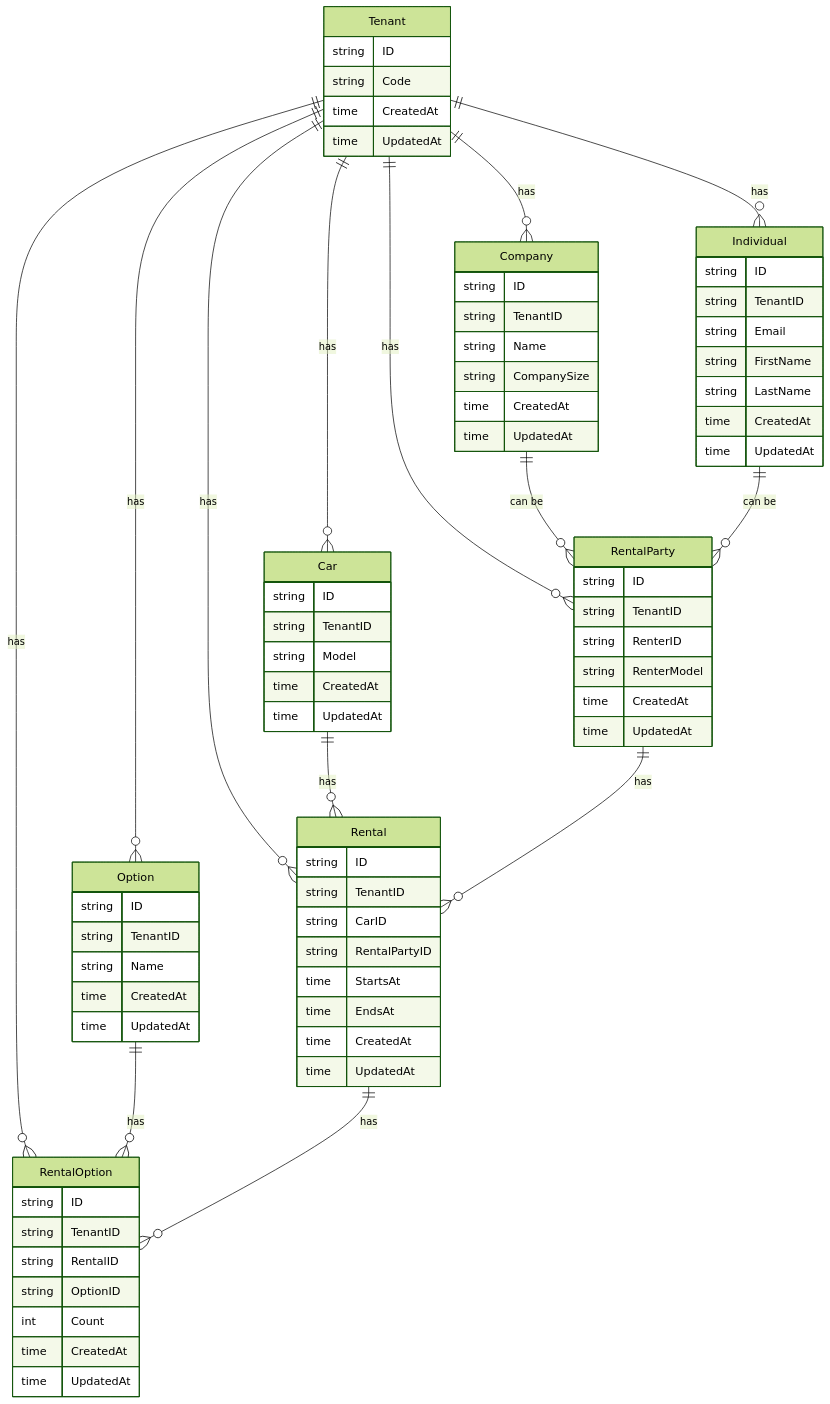
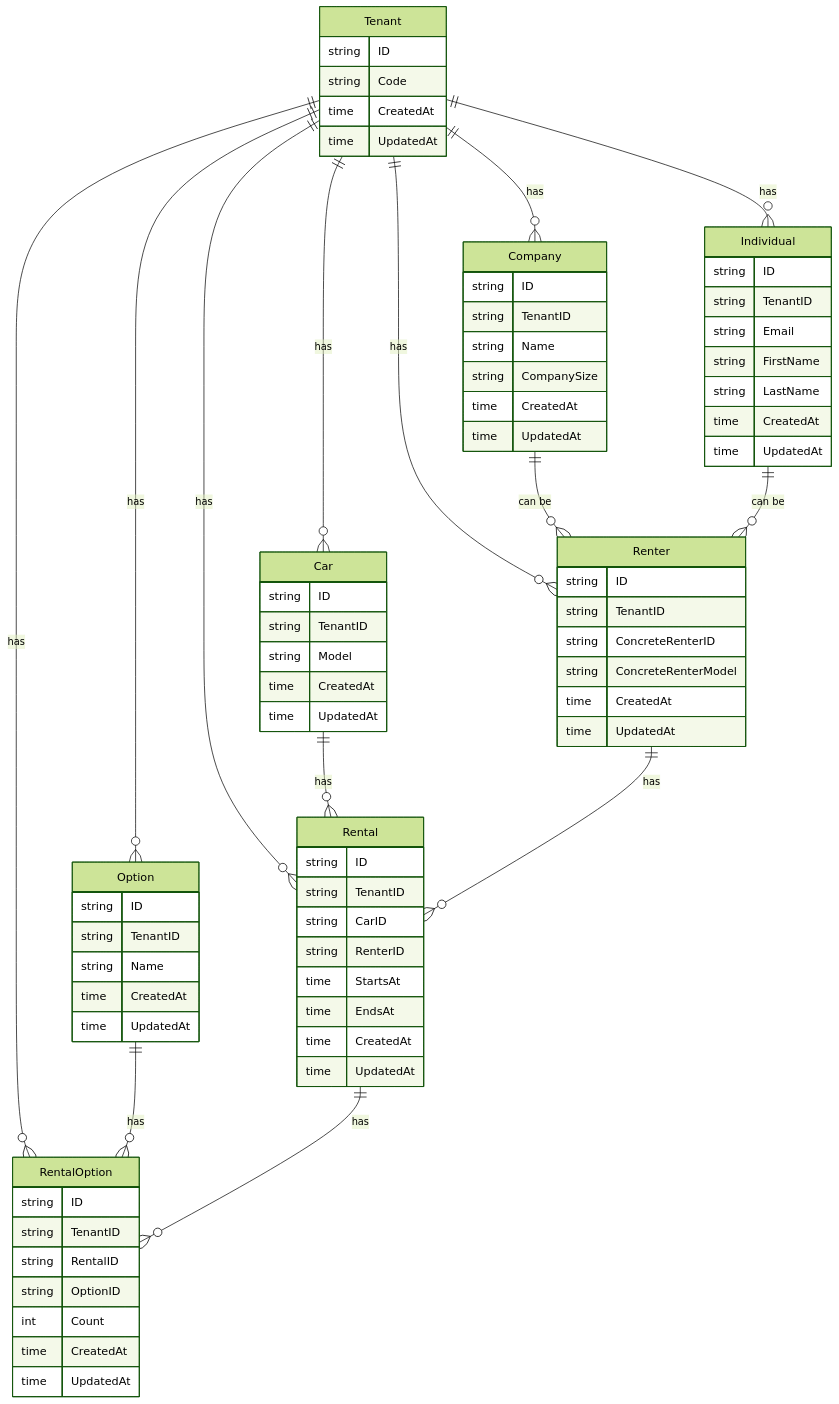
Before and after one commit to jp-ryuji/go-arch-patterns: the diagram in docs/er-diagram.md, drawn with Mermaid (forest theme). The commit also changed other lines of this file and 4 other files, not shown here.

Commit message:
rename RentalParty to Renter to comply to better align with the Ubiquitous Language

```diff
--- a/docs/er-diagram.md
+++ b/docs/er-diagram.md
@@ -13,16 +13,16 @@
     Tenant ||--o{ Car : has
     Tenant ||--o{ Company : has
     Tenant ||--o{ Individual : has
-    Tenant ||--o{ RentalParty : has
+    Tenant ||--o{ Renter : has
     Tenant ||--o{ Rental : has
     Tenant ||--o{ Option : has
     Tenant ||--o{ RentalOption : has
 
-    Company ||--o{ RentalParty : "can be"
-    Individual ||--o{ RentalParty : "can be"
+    Company ||--o{ Renter : "can be"
+    Individual ||--o{ Renter : "can be"
     Car ||--o{ Rental : has
 
-    RentalParty ||--o{ Rental : has
+    Renter ||--o{ Rental : has
     Option ||--o{ RentalOption : has
     Rental ||--o{ RentalOption : has
 
@@ -60,11 +60,11 @@
         time UpdatedAt
     }
 
-    RentalParty {
+    Renter {
         string ID
         string TenantID
-        string RenterID
-        string RenterModel
+        string ConcreteRenterID
+        string ConcreteRenterModel
         time CreatedAt
         time UpdatedAt
     }
@@ -73,7 +73,7 @@
         string ID
         string TenantID
         string CarID
-        string RentalPartyID
+        string RenterID
         time StartsAt
         time EndsAt
         time CreatedAt
```
